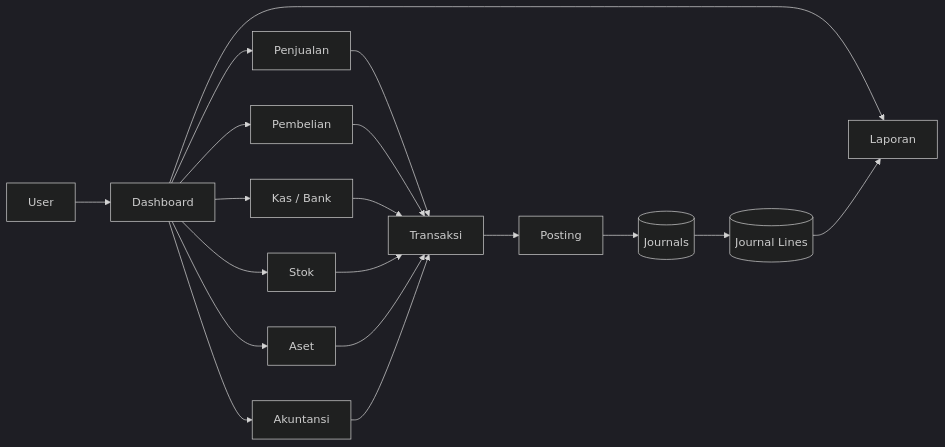
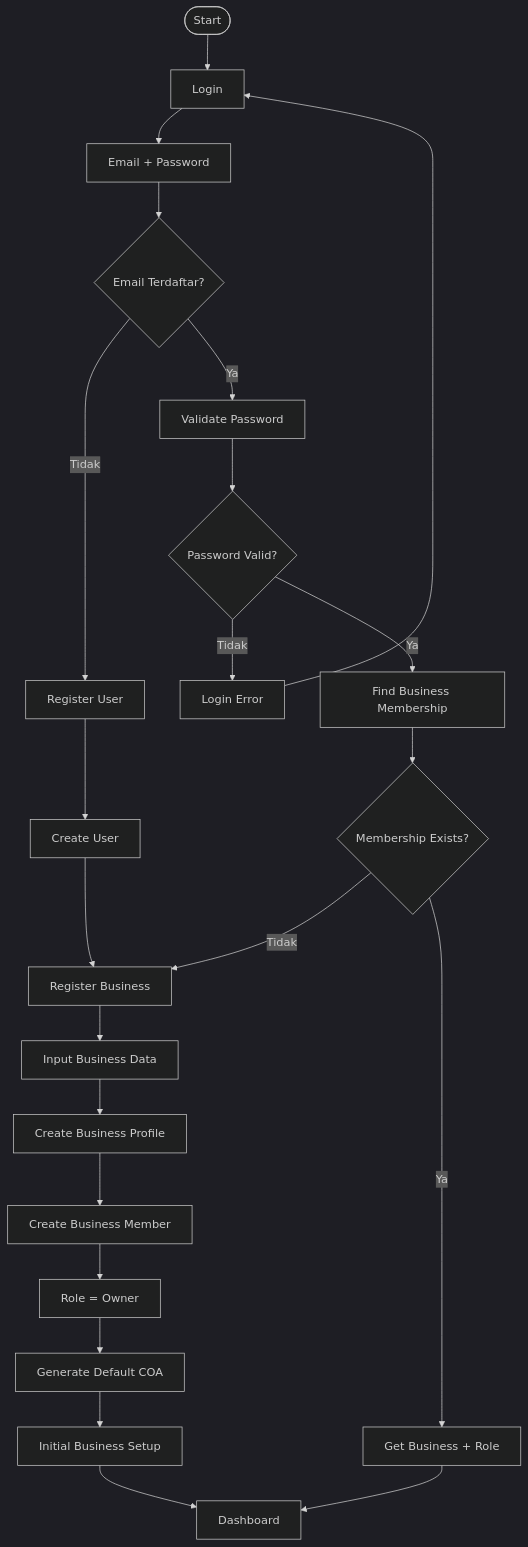
The second of 17 diagrams in docs/flowchart/flowchart.md (ahmadfaiqm/flowcash), drawn with Mermaid (dark theme) before and after one commit. The commit also changed other lines of this file, not shown here.

Commit message:
feat/FlowChartBaru

````diff
--- a/docs/flowchart/flowchart.md
+++ b/docs/flowchart/flowchart.md
@@ -136,25 +47,25 @@
 ```mermaid
-flowchart LR
-    A[User] --> B[Dashboard]
-
-    B --> C[Penjualan]
-    B --> D[Pembelian]
-    B --> E[Kas / Bank]
-    B --> F[Stok]
-    B --> G[Aset]
-    B --> H[Akuntansi]
-    B --> I[Laporan]
-
-    C --> J[Transaksi]
-    D --> J
-    E --> J
-    F --> J
-    G --> J
-    H --> J
-
-    J --> K[Posting]
-    K --> L[(Journals)]
-    L --> M[(Journal Lines)]
-
-    M --> I
+flowchart TD
+    A([Start]) --> B[Login]
+    B --> C[Email + Password]
+    C --> D{Email Terdaftar?}
+    D -->|Tidak| E[Register User]
+    E --> F[Create User]
+    F --> G[Register Business]
+    D -->|Ya| H[Validate Password]
+    H --> I{Password Valid?}
+    I -->|Tidak| J[Login Error]
+    J --> B
+    I -->|Ya| K[Find Business Membership]
+    K --> L{Membership Exists?}
+    L -->|Tidak| G
+    L -->|Ya| M[Get Business + Role]
+    M --> N[Dashboard]
+    G --> O[Input Business Data]
+    O --> P[Create Business Profile]
+    P --> Q[Create Business Member]
+    Q --> R[Role = Owner]
+    R --> S[Generate Default COA]
+    S --> T[Initial Business Setup]
+    T --> N
 ```
````
